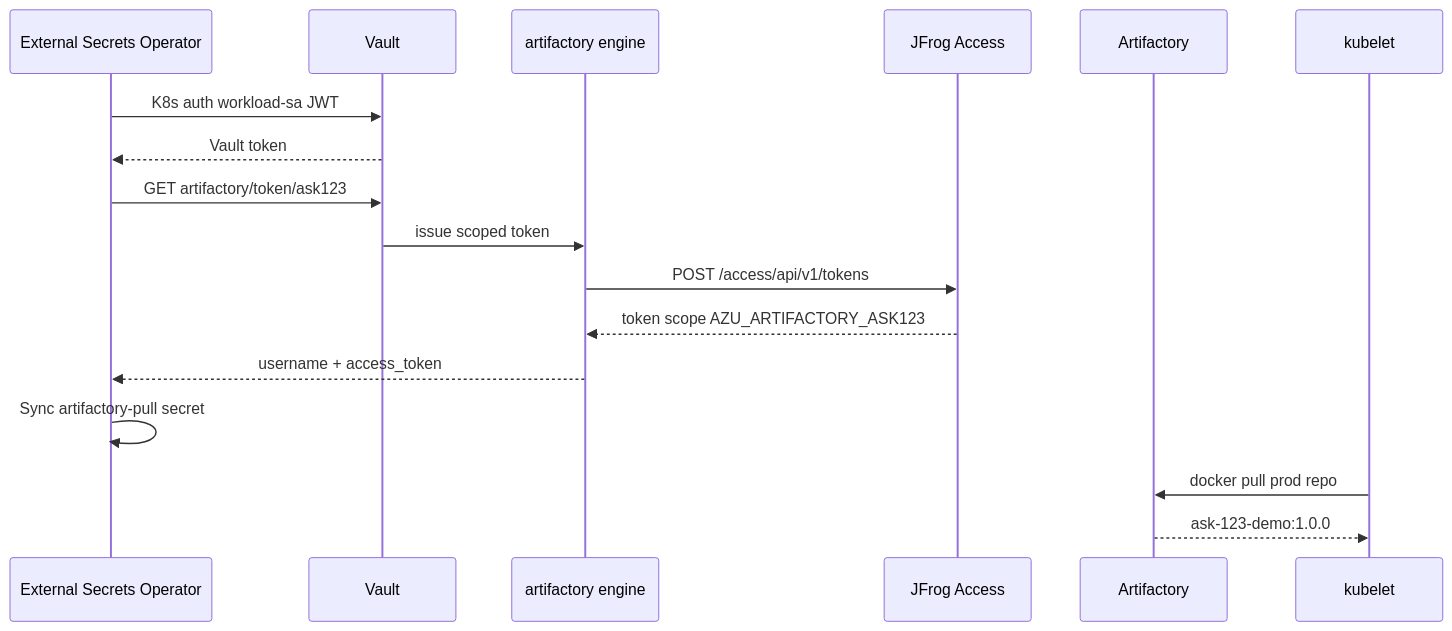
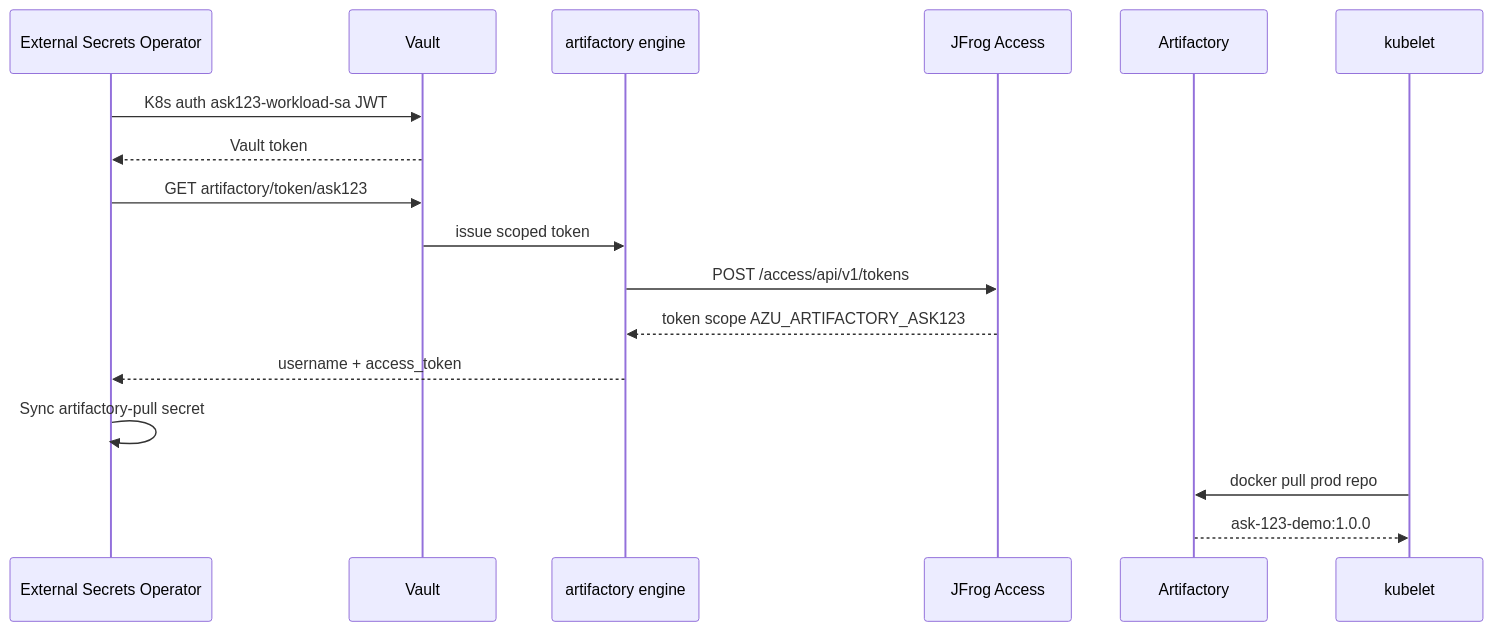
The second of 2 diagrams in docs/architecture.md (tomjfrog/vault-artifactory-lab), drawn with Mermaid before and after one commit. The commit also changed other lines of this file and 15 other files, not shown here.

````diff
--- a/docs/architecture.md
+++ b/docs/architecture.md
@@ -49,19 +49,19 @@
 ```mermaid
 sequenceDiagram
     participant ESO as External Secrets Operator
     participant Vault
     participant Plugin as artifactory engine
     participant Access as JFrog Access
     participant RT as Artifactory
     participant Kubelet as kubelet
-    ESO->>Vault: K8s auth workload-sa JWT
+    ESO->>Vault: K8s auth ask123-workload-sa JWT
     Vault-->>ESO: Vault token
     ESO->>Vault: GET artifactory/token/ask123
     Vault->>Plugin: issue scoped token
     Plugin->>Access: POST /access/api/v1/tokens
     Access-->>Plugin: token scope AZU_ARTIFACTORY_ASK123
     Plugin-->>ESO: username + access_token
     ESO->>ESO: Sync artifactory-pull secret
     Kubelet->>RT: docker pull prod repo
     RT-->>Kubelet: ask-123-demo:1.0.0
 ```
````
